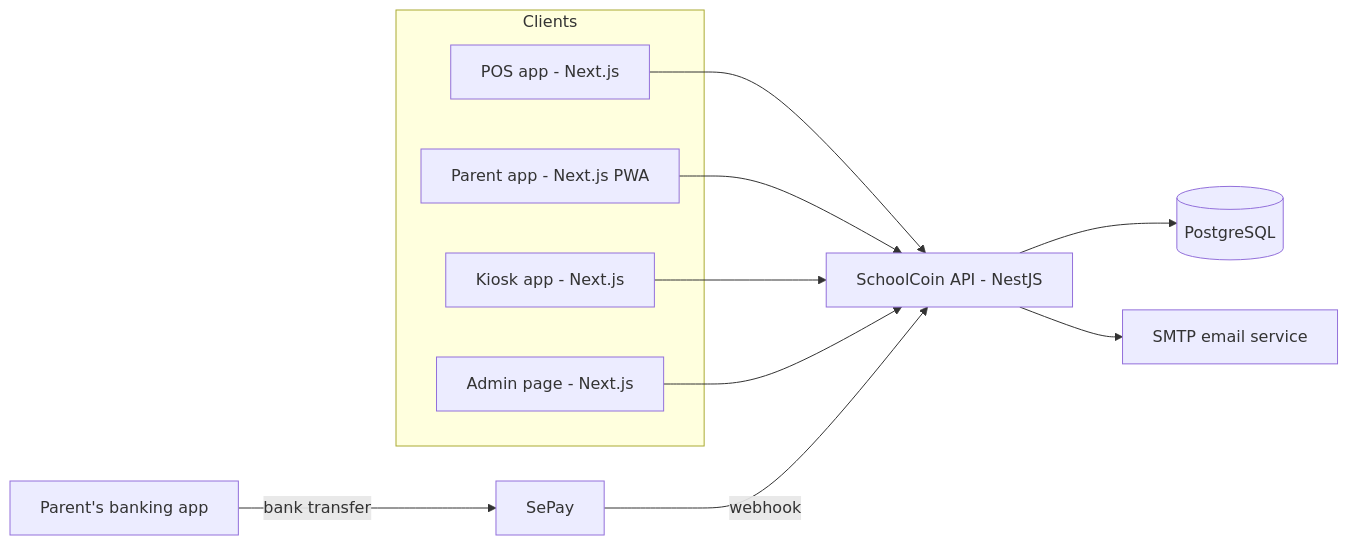
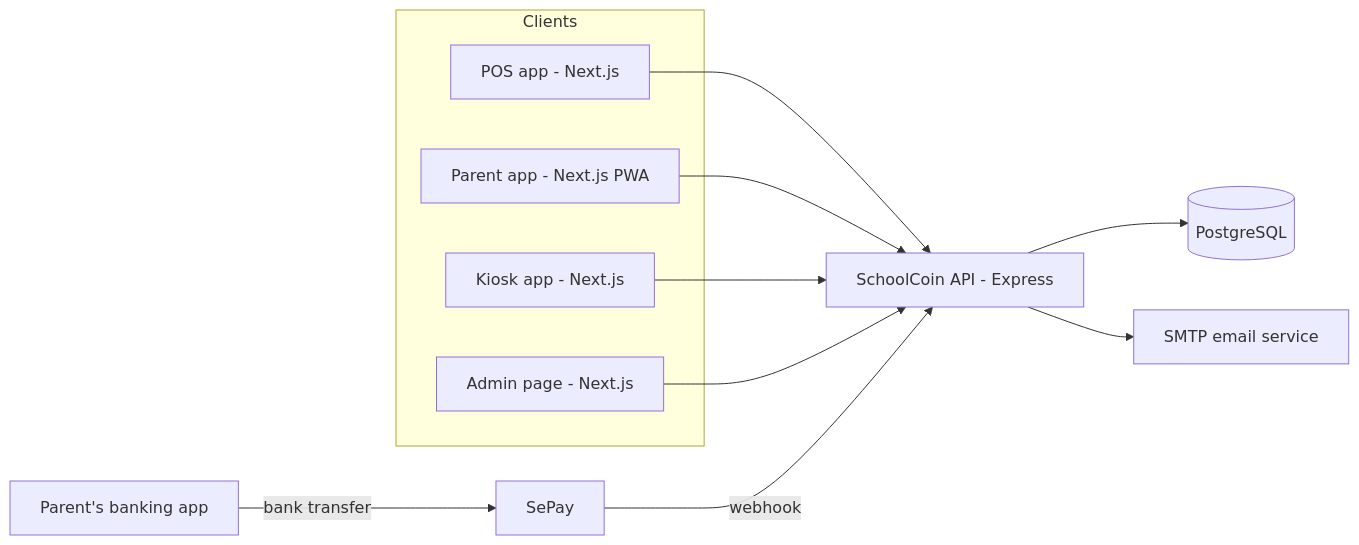
The first of 7 diagrams in docs/srs/schoolcoin-srs-v1.0.md (leedoekahn401/scoin), drawn with Mermaid before and after one commit. The commit also changed other lines of this file and 1 other file, not shown here.

````diff
--- a/docs/srs/schoolcoin-srs-v1.0.md
+++ b/docs/srs/schoolcoin-srs-v1.0.md
@@ -71,22 +71,22 @@
 ```mermaid
 flowchart LR
   subgraph Clients
     POS[POS app - Next.js]
     PAR[Parent app - Next.js PWA]
     KIO[Kiosk app - Next.js]
     ADM[Admin page - Next.js]
   end
-  API[SchoolCoin API - NestJS]
+  API[SchoolCoin API - Express]
   DB[(PostgreSQL)]
   SEPAY[SePay]
   BANK[Parent's banking app]
   MAIL[SMTP email service]
   POS --> API
   PAR --> API
   KIO --> API
   ADM --> API
   API --> DB
   BANK -- bank transfer --> SEPAY
   SEPAY -- webhook --> API
   API --> MAIL
 ```
````
